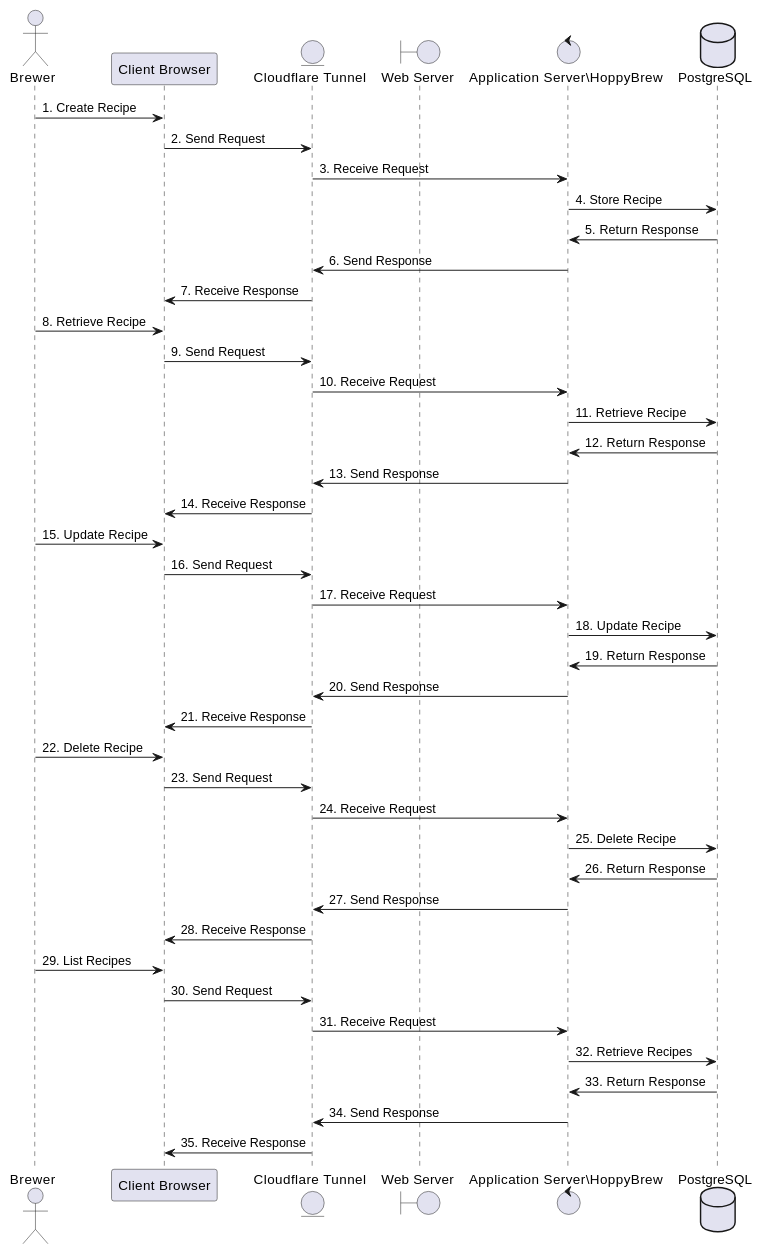
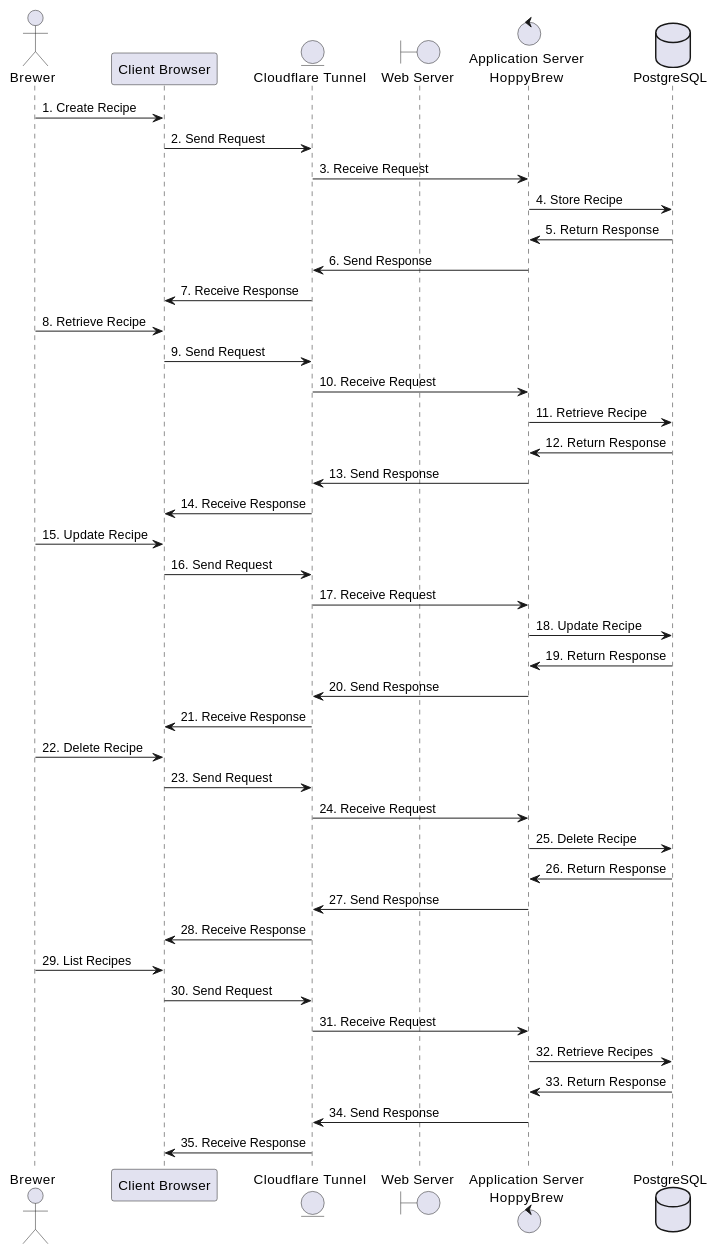
The sixth of 8 diagrams in documents/01-Conception-Phase/00-HoppyBrew.md (asbor/iu-project-software-engineering), drawn with PlantUML before and after one commit. The commit also changed 3 other files, not shown here.

```diff
--- a/documents/01-Conception-Phase/00-HoppyBrew.md
+++ b/documents/01-Conception-Phase/00-HoppyBrew.md
@@ -717,50 +717,50 @@
 @startuml 06-Runtime-View-CRUD-Recipe
 
 actor Brewer as Brewer
 participant "Client Browser" as ClientBrowser
 entity "Cloudflare Tunnel" as CloudflareTunnel
 boundary WebServer as "Web Server"
-control AppServer as "Application Server\HoppyBrew"
+control AppServer as "Application Server\nHoppyBrew"
 database "PostgreSQL" as PostgreSQL
 
 Brewer -> ClientBrowser : 1. Create Recipe
 ClientBrowser -> CloudflareTunnel : 2. Send Request
 CloudflareTunnel -> AppServer : 3. Receive Request
 AppServer -> PostgreSQL : 4. Store Recipe
 PostgreSQL -> AppServer : 5. Return Response
 AppServer -> CloudflareTunnel : 6. Send Response
 CloudflareTunnel -> ClientBrowser : 7. Receive Response
 
 Brewer -> ClientBrowser : 8. Retrieve Recipe
 ClientBrowser -> CloudflareTunnel : 9. Send Request
 CloudflareTunnel -> AppServer : 10. Receive Request
 AppServer -> PostgreSQL : 11. Retrieve Recipe
 PostgreSQL -> AppServer : 12. Return Response
 AppServer -> CloudflareTunnel : 13. Send Response
 CloudflareTunnel -> ClientBrowser : 14. Receive Response
 
 Brewer -> ClientBrowser : 15. Update Recipe
 ClientBrowser -> CloudflareTunnel : 16. Send Request
 CloudflareTunnel -> AppServer : 17. Receive Request
 AppServer -> PostgreSQL : 18. Update Recipe
 PostgreSQL -> AppServer : 19. Return Response
 AppServer -> CloudflareTunnel : 20. Send Response
 CloudflareTunnel -> ClientBrowser : 21. Receive Response
 
 Brewer -> ClientBrowser : 22. Delete Recipe
 ClientBrowser -> CloudflareTunnel : 23. Send Request
 CloudflareTunnel -> AppServer : 24. Receive Request
 AppServer -> PostgreSQL : 25. Delete Recipe
 PostgreSQL -> AppServer : 26. Return Response
 AppServer -> CloudflareTunnel : 27. Send Response
 CloudflareTunnel -> ClientBrowser : 28. Receive Response
 
 Brewer -> ClientBrowser : 29. List Recipes
 ClientBrowser -> CloudflareTunnel : 30. Send Request
 CloudflareTunnel -> AppServer : 31. Receive Request
 AppServer -> PostgreSQL : 32. Retrieve Recipes
 PostgreSQL -> AppServer : 33. Return Response
 AppServer -> CloudflareTunnel : 34. Send Response
 CloudflareTunnel -> ClientBrowser : 35. Receive Response
 
 @enduml
```
